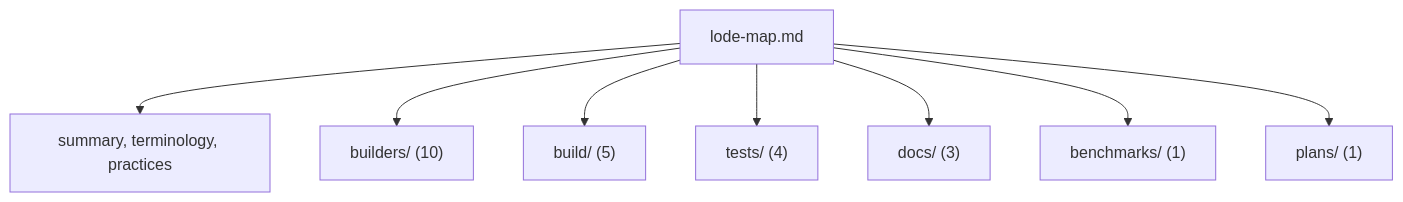
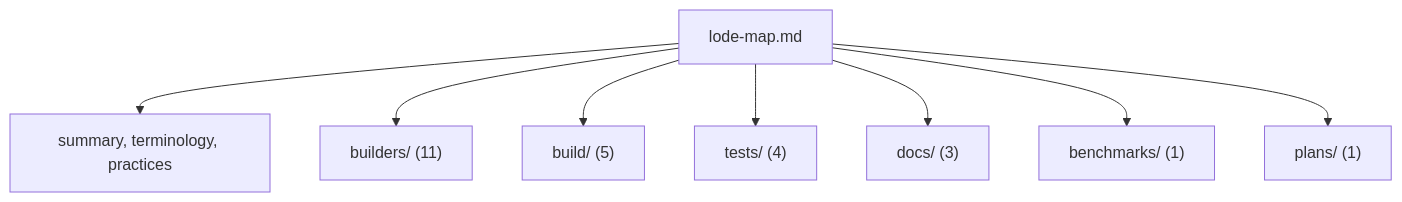
The diagram in lode/lode-map.md (TheAngryByrd/IcedTasks), drawn with Mermaid before and after one commit. The commit also changed other lines of this file and 43 other files, not shown here.

````diff
--- a/lode/lode-map.md
+++ b/lode/lode-map.md
@@ -79,10 +80,10 @@
 ```mermaid
 flowchart TD
     map["lode-map.md"] --> root["summary, terminology, practices"]
-    map --> builders["builders/ (10)"]
+    map --> builders["builders/ (11)"]
     map --> build["build/ (5)"]
     map --> tests["tests/ (4)"]
     map --> docs["docs/ (3)"]
     map --> bench["benchmarks/ (1)"]
     map --> plans["plans/ (1)"]
 ```
````
